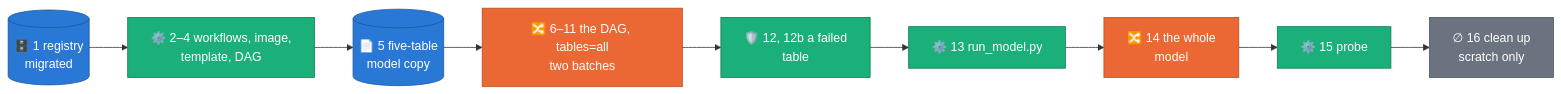
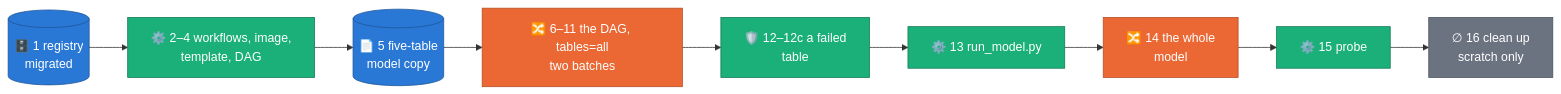
One commit to albertols/synthetic-llm-dataflow-bigquery changed the fourth of 9 diagrams in docs/RUN_PLAYBOOK.md. Above: the diagram before and after it, drawn with Mermaid. The commit also changed other lines of this file and 3 other files, not shown here.

````diff
--- a/docs/RUN_PLAYBOOK.md
+++ b/docs/RUN_PLAYBOOK.md
@@ -984,19 +985,19 @@
 ```mermaid
 flowchart LR
   classDef beam  fill:#eb6834,color:#fff,stroke:#b44f26
   classDef cpu   fill:#1baf7a,color:#fff,stroke:#127a55
   classDef gpu   fill:#7a3fd1,color:#fff,stroke:#5a2f9d
   classDef store fill:#2a78d6,color:#fff,stroke:#1d5599
   classDef data  fill:#6b7280,color:#fff,stroke:#4b5563
 
   M[("🗄️ 1 registry<br/>migrated")]:::store
   B["⚙️ 2–4 workflows, image,<br/>template, DAG"]:::cpu
   S[("📄 5 five-table<br/>model copy")]:::store
   D["🔀 6–11 the DAG, tables=all<br/>two batches"]:::beam
-  F["🛡️ 12, 12b a failed<br/>table"]:::cpu
+  F["🛡️ 12–12c a failed<br/>table"]:::cpu
   C["⚙️ 13 run_model.py"]:::cpu
   W["🔀 14 the whole<br/>model"]:::beam
   P["⚙️ 15 probe"]:::cpu
   X["∅ 16 clean up<br/>scratch only"]:::data
   M --> B --> S --> D --> F --> C --> W --> P --> X
 ```
````
